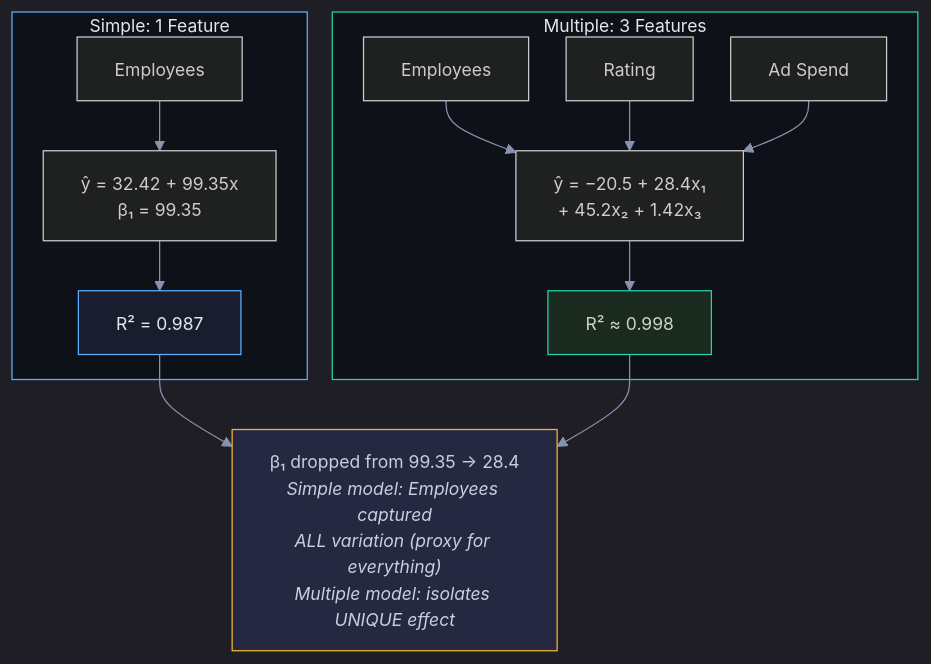
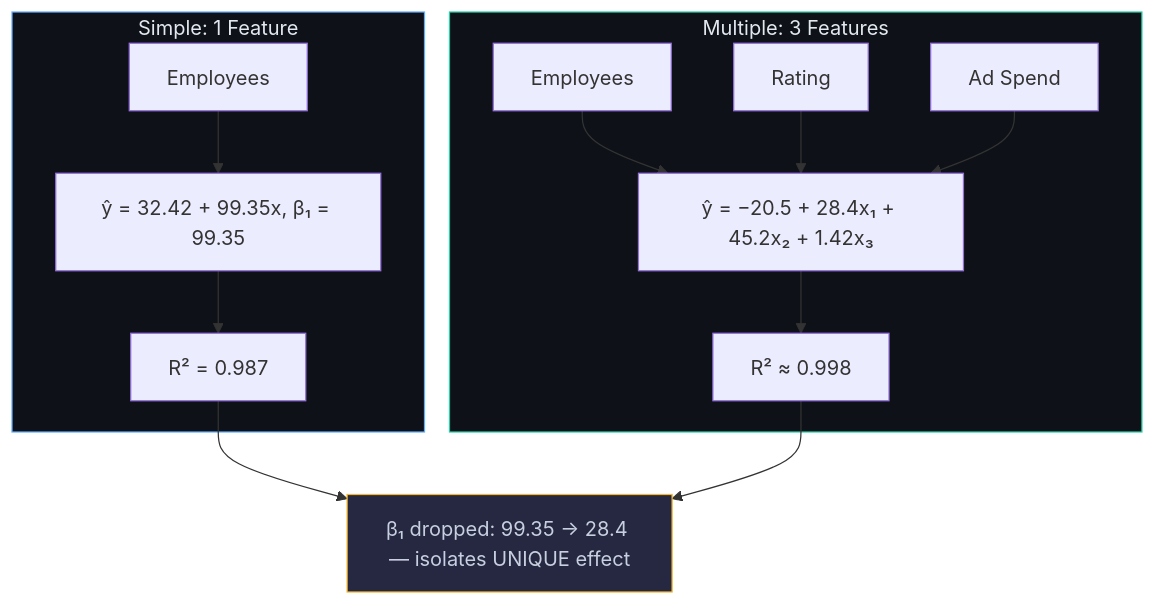
Before and after one commit to snehith1234/StudyCircle: the second of 8 diagrams in Documents/Visual_Guides/ML_Concepts/Linear_Regression_Visual.md, drawn with Mermaid. The commit also changed other lines of this file and 8 other files, not shown here.

Commit message:
Add NN animations, XGBoost section, multicollinearity/autocorrelation, stats explanations, fix mermaid visuals, exploding gradient deep dive

````diff
--- a/Documents/Visual_Guides/ML_Concepts/Linear_Regression_Visual.md
+++ b/Documents/Visual_Guides/ML_Concepts/Linear_Regression_Visual.md
@@ -31,24 +23,17 @@
 ```mermaid
-%%{init: {'theme': 'dark', 'themeVariables': {'darkMode': true, 'background': '#0e1117', 'primaryColor': '#1a1d2e', 'primaryTextColor': '#e2e8f0', 'primaryBorderColor': '#2d3148', 'lineColor': '#8892b0', 'secondaryColor': '#252840', 'tertiaryColor': '#1a1d2e', 'fontSize': '14px', 'edgeLabelBackground': '#0e1117'}, 'flowchart': {'nodeSpacing': 30, 'rankSpacing': 40, 'padding': 15, 'htmlLabels': true}}}%%
 graph TD
     subgraph SIMPLE["Simple: 1 Feature"]
-        S_IN["Employees"] --> S_EQ["ŷ = 32.42 + 99.35x<br/>β₁ = 99.35"]
-        S_EQ --> S_R2["R² = 0.987"]
+        S_IN["Employees"] --> S_EQ["ŷ = 32.42 + 99.35x, β₁ = 99.35"] --> S_R2["R² = 0.987"]
     end
-
     subgraph MULTIPLE["Multiple: 3 Features"]
-        M_IN1["Employees"] --> M_EQ["ŷ = −20.5 + 28.4x₁<br/>+ 45.2x₂ + 1.42x₃"]
+        M_IN1["Employees"] --> M_EQ["ŷ = −20.5 + 28.4x₁ + 45.2x₂ + 1.42x₃"]
         M_IN2["Rating"] --> M_EQ
         M_IN3["Ad Spend"] --> M_EQ
         M_EQ --> M_R2["R² ≈ 0.998"]
     end
-
-    S_R2 --> COMPARE["β₁ dropped from 99.35 → 28.4<br/><i>Simple model: Employees captured<br/>ALL variation (proxy for everything)<br/>Multiple model: isolates UNIQUE effect</i>"]
+    S_R2 --> COMPARE["β₁ dropped: 99.35 → 28.4 — isolates UNIQUE effect"]
     M_R2 --> COMPARE
-
     style SIMPLE fill:#0e1117,stroke:#5eaeff,color:#e2e8f0
     style MULTIPLE fill:#0e1117,stroke:#22d3a7,color:#e2e8f0
     style COMPARE fill:#252840,stroke:#f5b731,color:#c8cfe0
-    style S_R2 fill:#1a1d2e,stroke:#5eaeff,color:#e2e8f0
-    style M_R2 fill:#1a2a1f,stroke:#22d3a7,color:#c8d8c0
 ```
````
